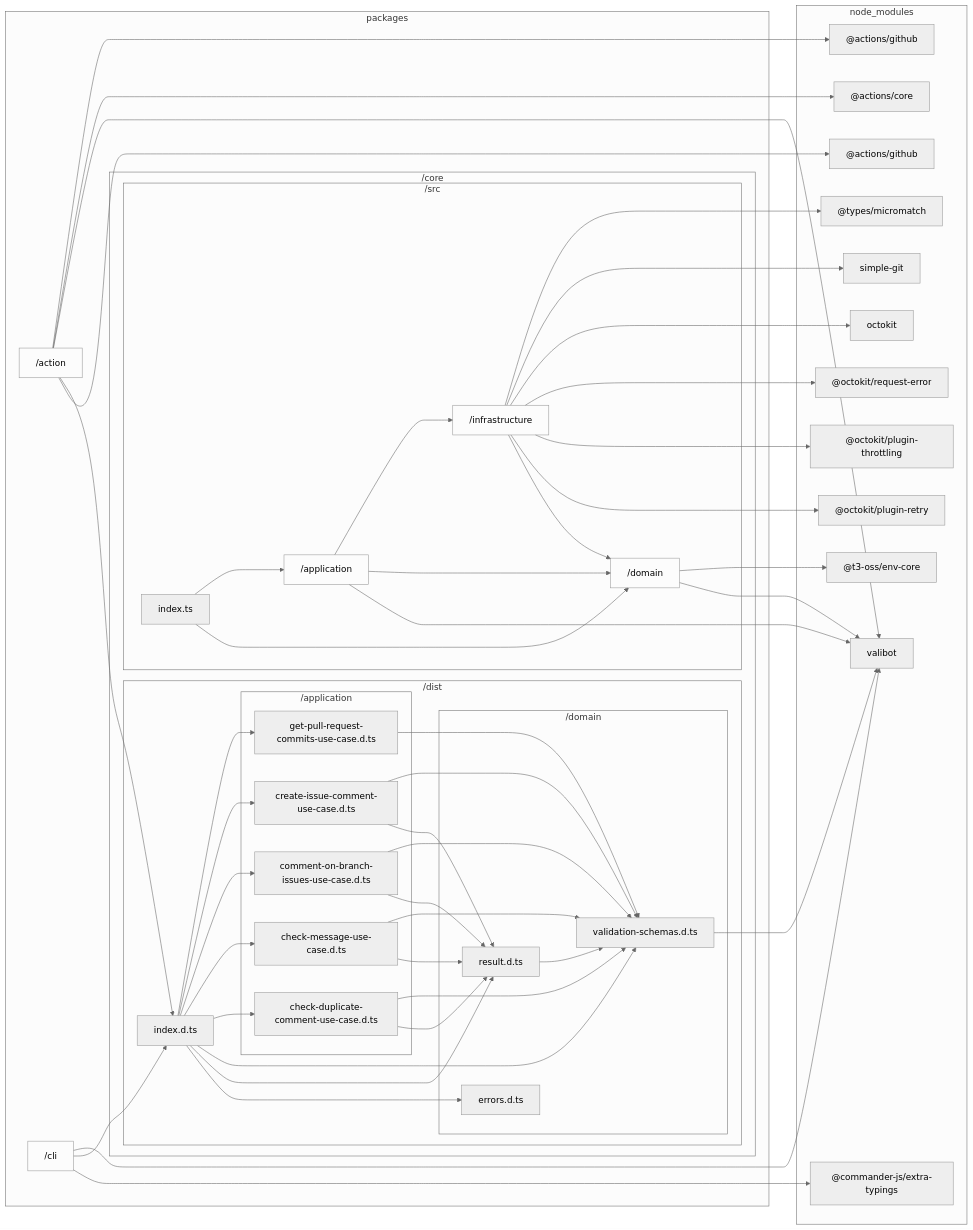
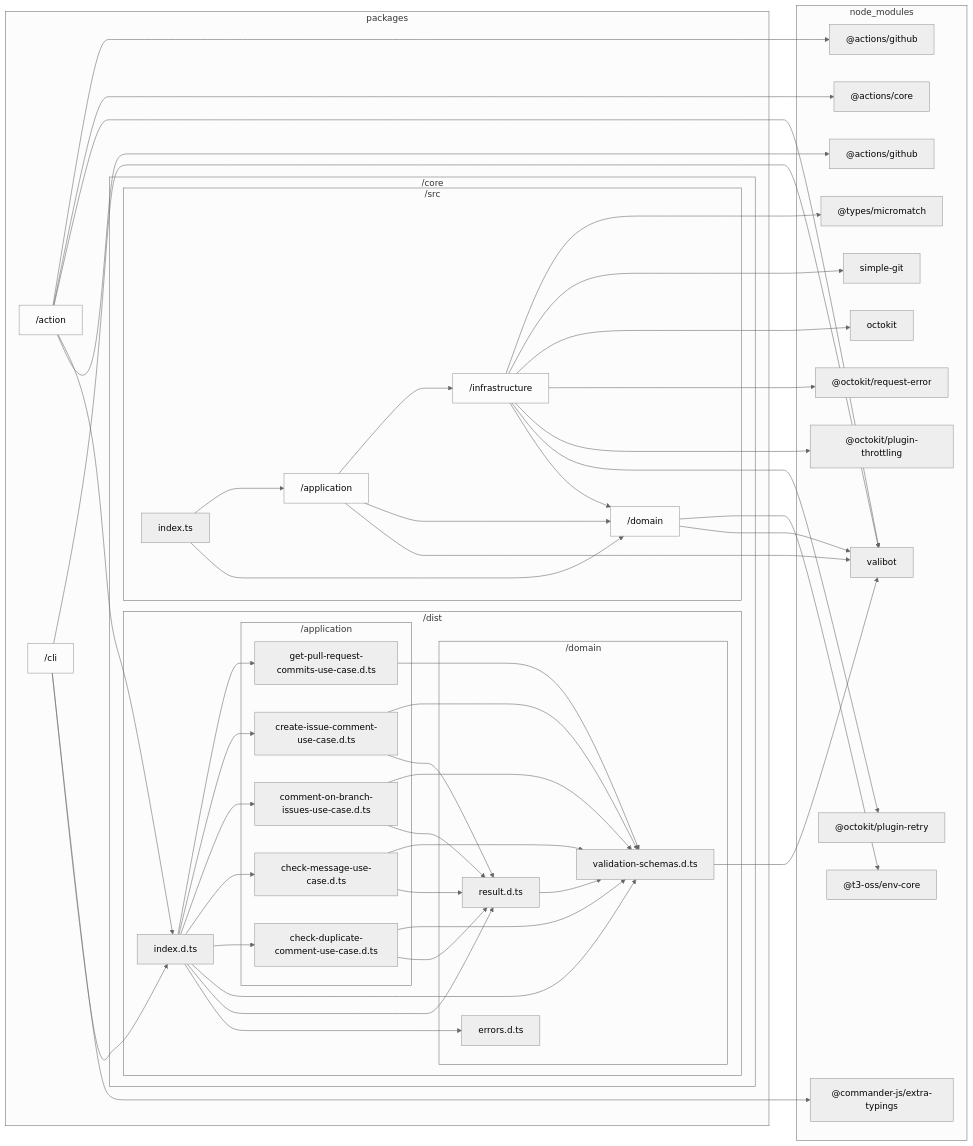
One commit to sugurutakahashi-1234/issue-linker changed the diagram in docs/reports/dependencies/core-architecture.md. Above: the diagram before and after it, drawn with Mermaid (neutral theme). The commit also changed other lines of this file and 9 other files, not shown here.

```diff
--- a/docs/reports/dependencies/core-architecture.md
+++ b/docs/reports/dependencies/core-architecture.md
@@ -72,8 +72,8 @@
     packages/action-->node//modules/valibot/dist/index.d.cts
     packages/action-->node//modules///actions/core/lib/core.d.ts
     packages/action-->node//modules///actions/github/lib/github.d.ts
+    packages/cli-->packages/core/dist/index.d.ts
     packages/cli-->node//modules///commander//js/extra//typings/index.d.ts
-    packages/cli-->packages/core/dist/index.d.ts
     packages/cli-->node//modules/valibot/dist/index.d.cts
     packages/core/src/domain-->node//modules/valibot/dist/index.d.cts
     packages/core/src/domain-->node//modules///t3//oss/env//core/dist/index.d.ts
```
